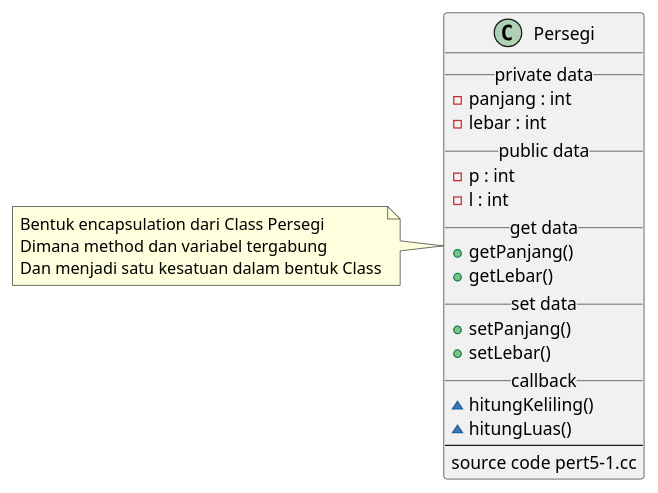
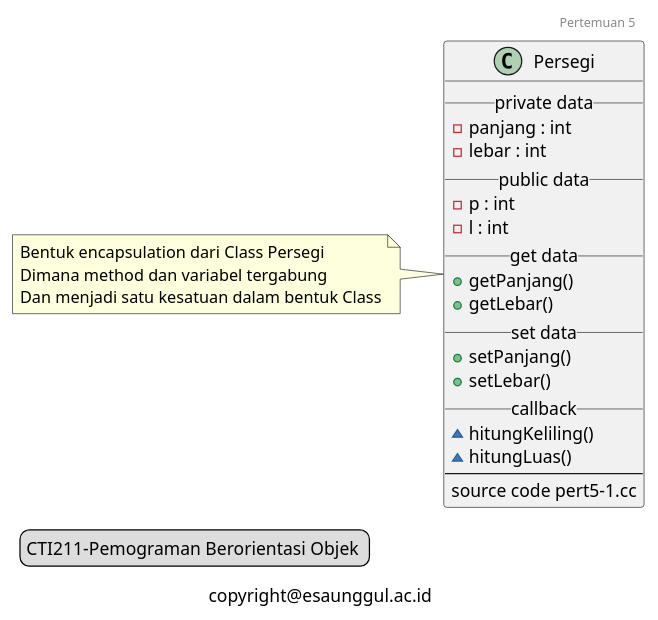
Before and after one commit to djambred/pbo: the diagram in pert5/persegi.puml, drawn with PlantUML. The commit also changed 9 other files, not shown here.

```diff
--- a/pert5/persegi.puml
+++ b/pert5/persegi.puml
@@ -1,28 +1,35 @@
 @startuml persegiencap
+header 
+Pertemuan 5
+endheader
+caption copyright@esaunggul.ac.id
+legend left
+    CTI211-Pemograman Berorientasi Objek 
+endlegend
 
 class Persegi{
     __ private data __
     - panjang : int
     - lebar : int
     __ public data__
     - p : int
     - l : int
     __ get data__
     + getPanjang()
     + getLebar()
     __ set data__
     + setPanjang()
     + setLebar()
     __ callback__
     ~ hitungKeliling()
     ~ hitungLuas()
     --
     source code pert5-1.cc
 }
 note left of Persegi
   Bentuk encapsulation dari Class Persegi
   Dimana method dan variabel tergabung
   Dan menjadi satu kesatuan dalam bentuk Class
 end note
 
 @enduml
```
